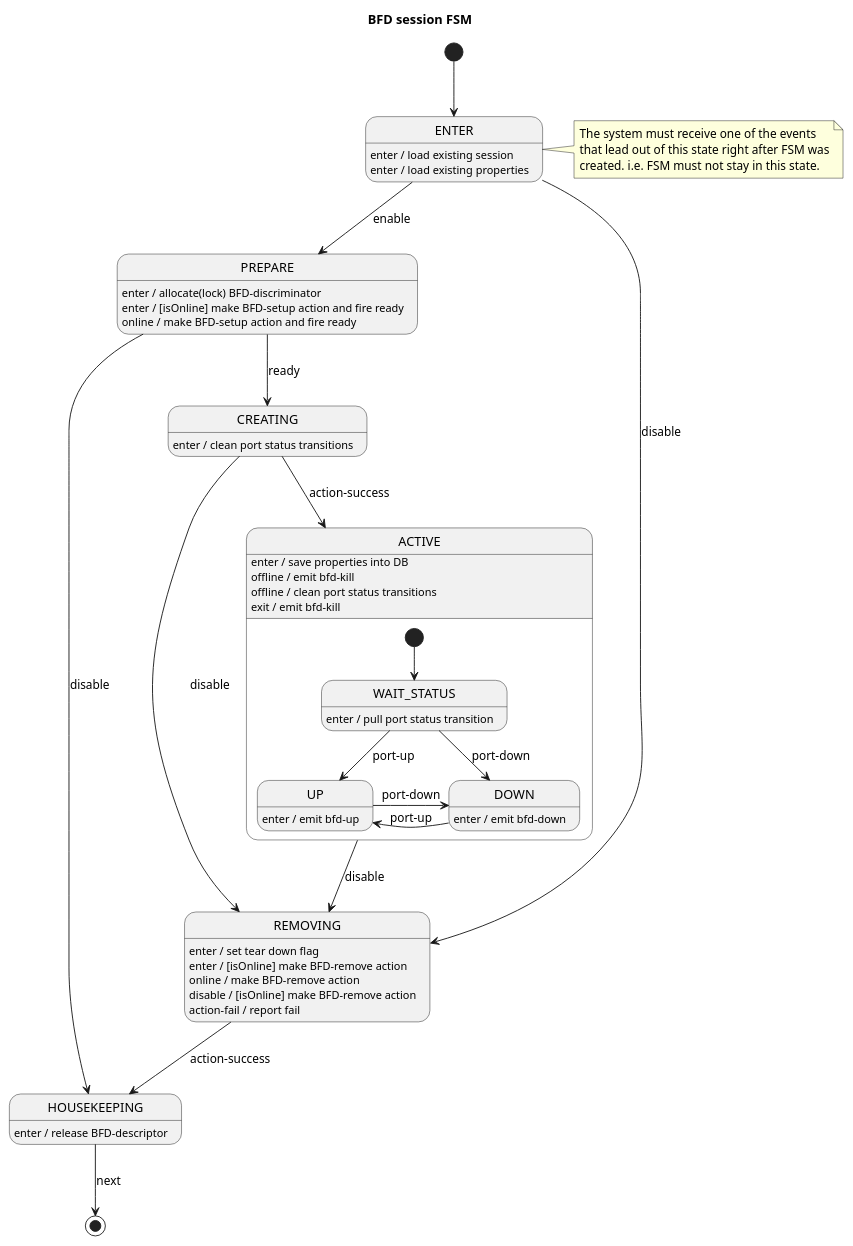
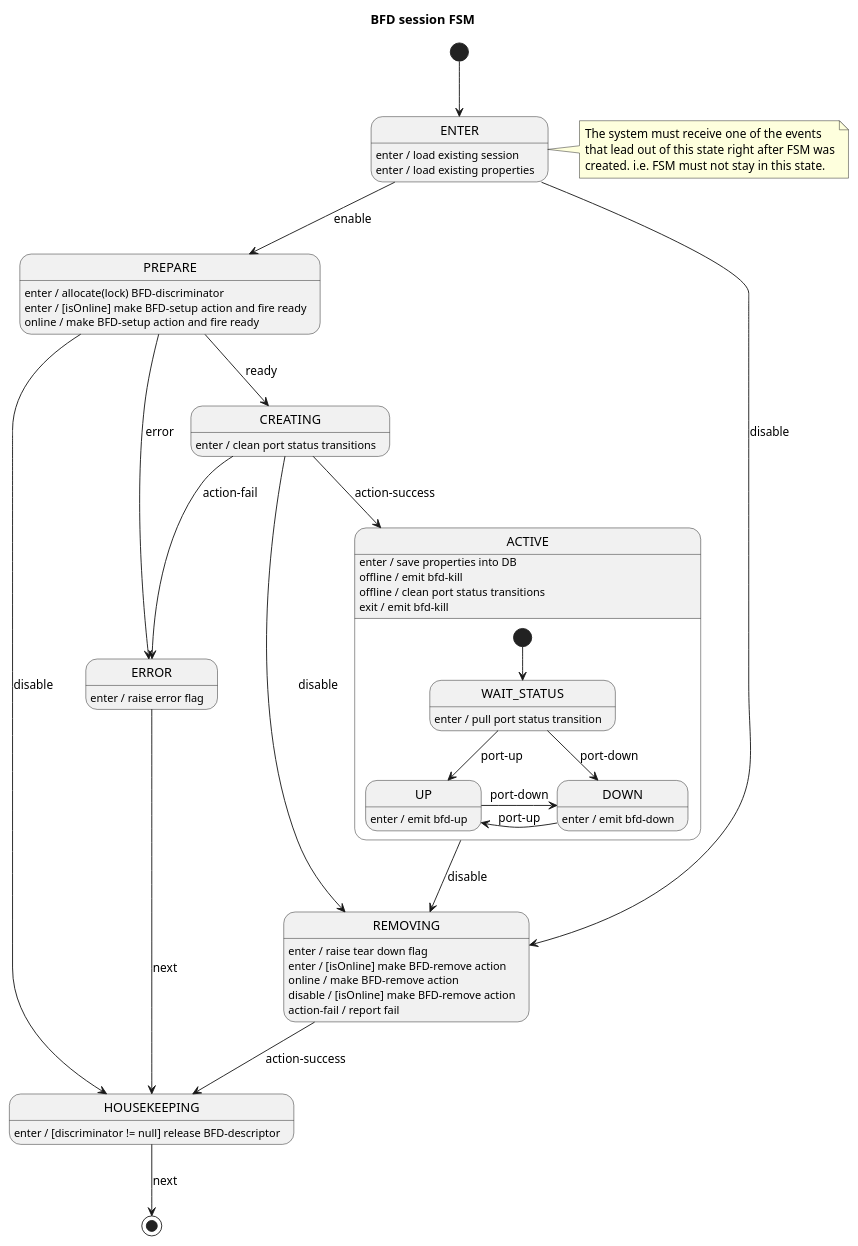
Before and after one commit to surabujin/open-kilda: the diagram in docs/design/network-discovery/bfd-session-FSM.puml, drawn with PlantUML. The commit also changed other lines of this file and 2 other files, not shown here.

```diff
--- a/docs/design/network-discovery/bfd-session-FSM.puml
+++ b/docs/design/network-discovery/bfd-session-FSM.puml
@@ -30,55 +31,60 @@
 @startuml bfd-port-FSM
 title BFD session FSM
 
 [*] --> ENTER
 note right of ENTER
     The system must receive one of the events
     that lead out of this state right after FSM was
     created. i.e. FSM must not stay in this state.
 end note
 
+ENTER : enter / load existing session
+ENTER : enter / load existing properties
 ENTER --> PREPARE : enable
 ENTER --> REMOVING : disable
-ENTER : enter / load existing session
-ENTER : enter / load existing properties
 
 PREPARE : enter / allocate(lock) BFD-discriminator
 PREPARE : enter / [isOnline] make BFD-setup action and fire ready
 PREPARE --> CREATING : ready
 PREPARE --> HOUSEKEEPING : disable
+PREPARE --> ERROR : error
 PREPARE : online / make BFD-setup action and fire ready
 
 CREATING : enter / clean port status transitions
 CREATING --> ACTIVE : action-success
+CREATING --> ERROR : action-fail
 CREATING --> REMOVING : disable
 
+ACTIVE : enter / save properties into DB
 state ACTIVE {
     [*] --> WAIT_STATUS
 
     WAIT_STATUS --> UP : port-up
     WAIT_STATUS --> DOWN : port-down
     WAIT_STATUS : enter / pull port status transition
 
     UP -r-> DOWN : port-down
     UP : enter / emit bfd-up
 
     DOWN -l-> UP : port-up
     DOWN : enter / emit bfd-down
 }
-ACTIVE : enter / save properties into DB
 ACTIVE --> REMOVING : disable
 ACTIVE : offline / emit bfd-kill
 ACTIVE : offline / clean port status transitions
 ACTIVE : exit / emit bfd-kill
 
-REMOVING : enter / set tear down flag
+REMOVING : enter / raise tear down flag
 REMOVING : enter / [isOnline] make BFD-remove action
 REMOVING --> HOUSEKEEPING : action-success
 REMOVING : online / make BFD-remove action
 REMOVING : disable / [isOnline] make BFD-remove action
 REMOVING : action-fail / report fail
 
-HOUSEKEEPING : enter / release BFD-descriptor
+ERROR : enter / raise error flag
+ERROR --> HOUSEKEEPING : next
+
+HOUSEKEEPING : enter / [discriminator != null] release BFD-descriptor
 HOUSEKEEPING --> [*] : next
 
 @enduml
```
